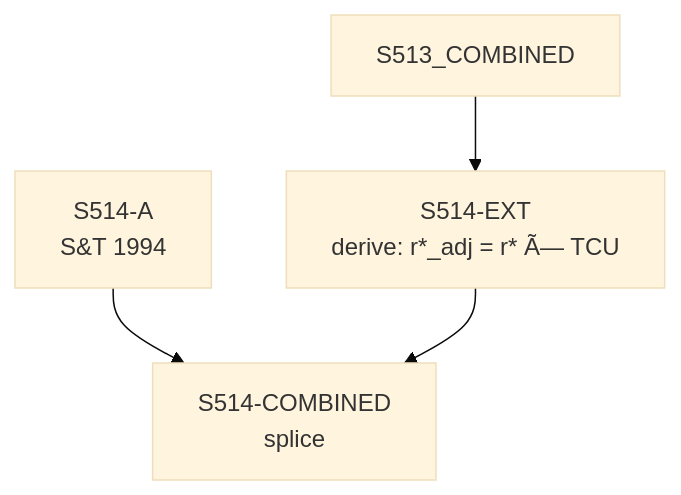
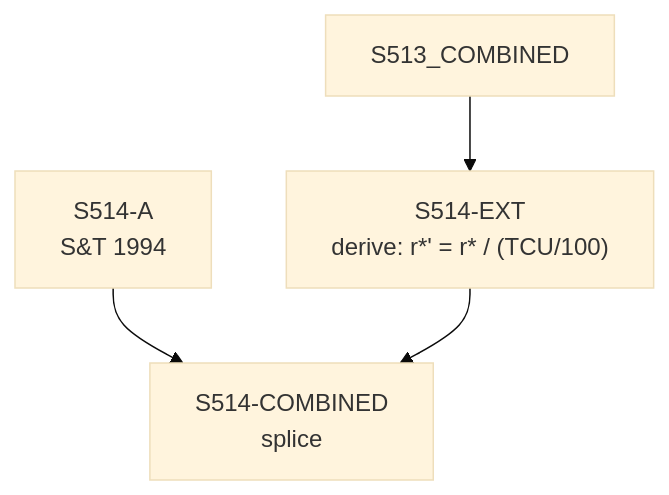
One commit to andenick/measuring-the-wealth-of-nations changed the diagram in docs/series/S514_DECOMPOSITION.md. Above: the diagram before and after it, drawn with Mermaid (base theme). The commit also changed other lines of this file and 200 other files, not shown here.

````diff
--- a/docs/series/S514_DECOMPOSITION.md
+++ b/docs/series/S514_DECOMPOSITION.md
@@ -7,11 +7,11 @@
 ```mermaid
 flowchart TD
     S514_A["S514-A<br/>S&T 1994"]
     S514_EXT["S514-EXT<br/>FRED TCU"]
     S514_COMBINED["S514-COMBINED<br/>"]
-    S514_EXT["S514-EXT<br/>derive: r*_adj = r* Ã— TCU"]
+    S514_EXT["S514-EXT<br/>derive: r*' = r* / (TCU/100)"]
     S513_COMBINED --> S514_EXT
     S514_COMBINED["S514-COMBINED<br/>splice"]
     S514_A --> S514_COMBINED
     S514_EXT --> S514_COMBINED
 ```
````
